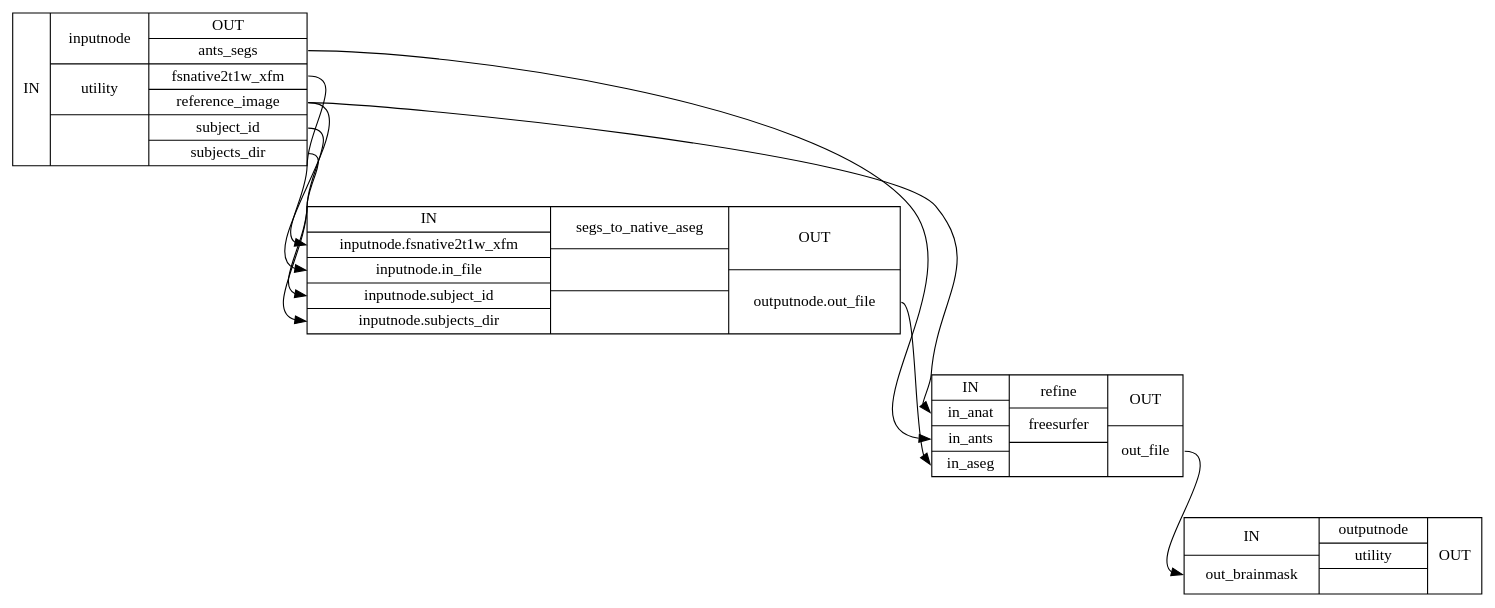
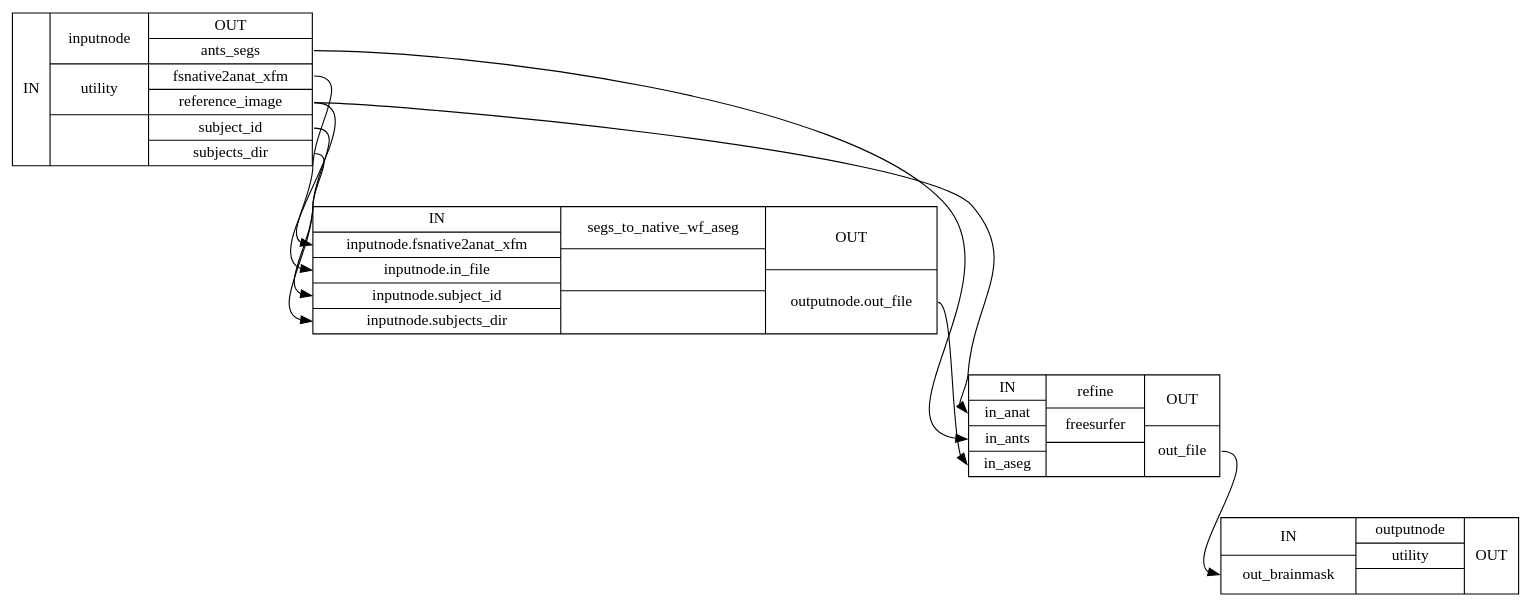
The diagram in master/wf_directive/api/refinement_wf/smriprep-workflows-surfaces-7_detailed.dot (laviniawuensch/smriprep), drawn with Graphviz before and after one commit. The commit also changed 2568 other files, not shown here.

```diff
--- a/master/wf_directive/api/refinement_wf/smriprep-workflows-surfaces-7_detailed.dot
+++ b/master/wf_directive/api/refinement_wf/smriprep-workflows-surfaces-7_detailed.dot
@@ -1,15 +1,15 @@
 digraph structs {
 node [shape=record];
-refinement_wfinputnode [label="{IN}|{ inputnode | utility |  }|{OUT|<outantssegs> ants_segs|<outfsnative2t1wxfm> fsnative2t1w_xfm|<outreferenceimage> reference_image|<outsubjectid> subject_id|<outsubjectsdir> subjects_dir}"];
-refinement_wfsegs_to_native_aseg [label="{IN|<ininputnodefsnative2t1wxfm> inputnode.fsnative2t1w_xfm|<ininputnodeinfile> inputnode.in_file|<ininputnodesubjectid> inputnode.subject_id|<ininputnodesubjectsdir> inputnode.subjects_dir}|{ segs_to_native_aseg |  |  }|{OUT|<outoutputnodeoutfile> outputnode.out_file}"];
+refinement_wfinputnode [label="{IN}|{ inputnode | utility |  }|{OUT|<outantssegs> ants_segs|<outfsnative2anatxfm> fsnative2anat_xfm|<outreferenceimage> reference_image|<outsubjectid> subject_id|<outsubjectsdir> subjects_dir}"];
+refinement_wfsegs_to_native_wf_aseg [label="{IN|<ininputnodefsnative2anatxfm> inputnode.fsnative2anat_xfm|<ininputnodeinfile> inputnode.in_file|<ininputnodesubjectid> inputnode.subject_id|<ininputnodesubjectsdir> inputnode.subjects_dir}|{ segs_to_native_wf_aseg |  |  }|{OUT|<outoutputnodeoutfile> outputnode.out_file}"];
 refinement_wfrefine [label="{IN|<ininanat> in_anat|<ininants> in_ants|<ininaseg> in_aseg}|{ refine | freesurfer |  }|{OUT|<outoutfile> out_file}"];
 refinement_wfoutputnode [label="{IN|<inoutbrainmask> out_brainmask}|{ outputnode | utility |  }|{OUT}"];
 refinement_wfinputnode:outantssegs:e -> refinement_wfrefine:ininants:w;
-refinement_wfinputnode:outfsnative2t1wxfm:e -> refinement_wfsegs_to_native_aseg:ininputnodefsnative2t1wxfm:w;
+refinement_wfinputnode:outfsnative2anatxfm:e -> refinement_wfsegs_to_native_wf_aseg:ininputnodefsnative2anatxfm:w;
 refinement_wfinputnode:outreferenceimage:e -> refinement_wfrefine:ininanat:w;
-refinement_wfinputnode:outreferenceimage:e -> refinement_wfsegs_to_native_aseg:ininputnodeinfile:w;
-refinement_wfinputnode:outsubjectid:e -> refinement_wfsegs_to_native_aseg:ininputnodesubjectid:w;
-refinement_wfinputnode:outsubjectsdir:e -> refinement_wfsegs_to_native_aseg:ininputnodesubjectsdir:w;
+refinement_wfinputnode:outreferenceimage:e -> refinement_wfsegs_to_native_wf_aseg:ininputnodeinfile:w;
+refinement_wfinputnode:outsubjectid:e -> refinement_wfsegs_to_native_wf_aseg:ininputnodesubjectid:w;
+refinement_wfinputnode:outsubjectsdir:e -> refinement_wfsegs_to_native_wf_aseg:ininputnodesubjectsdir:w;
 refinement_wfrefine:outoutfile:e -> refinement_wfoutputnode:inoutbrainmask:w;
-refinement_wfsegs_to_native_aseg:outoutputnodeoutfile:e -> refinement_wfrefine:ininaseg:w;
+refinement_wfsegs_to_native_wf_aseg:outoutputnodeoutfile:e -> refinement_wfrefine:ininaseg:w;
 }
```
